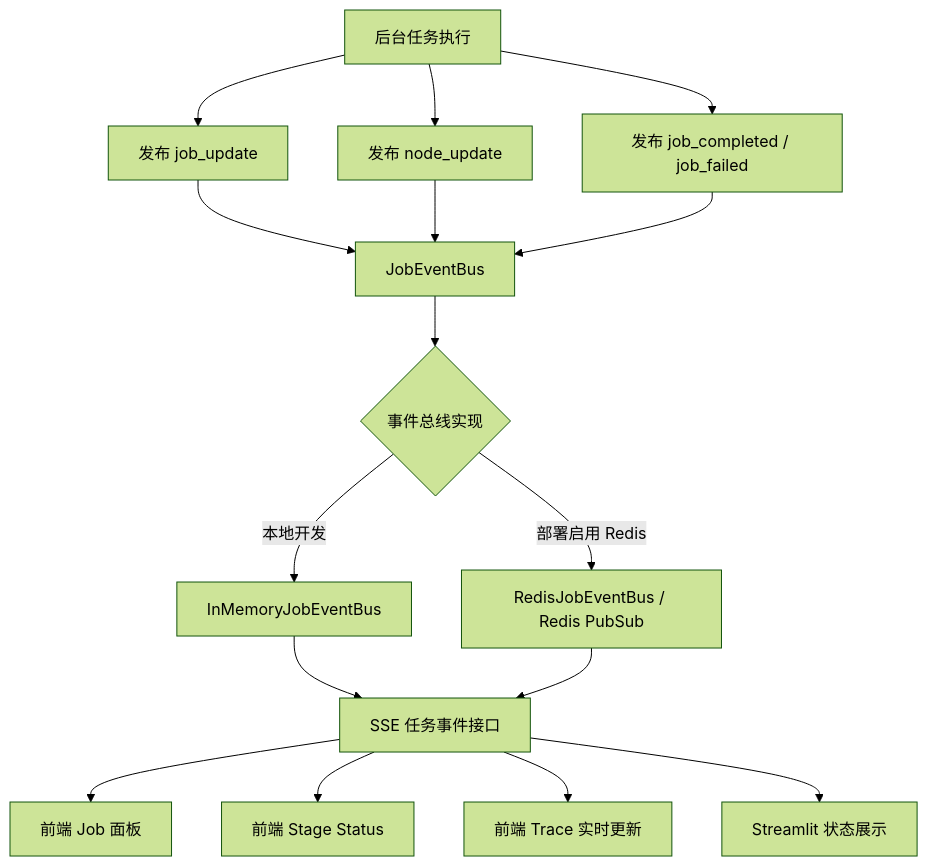
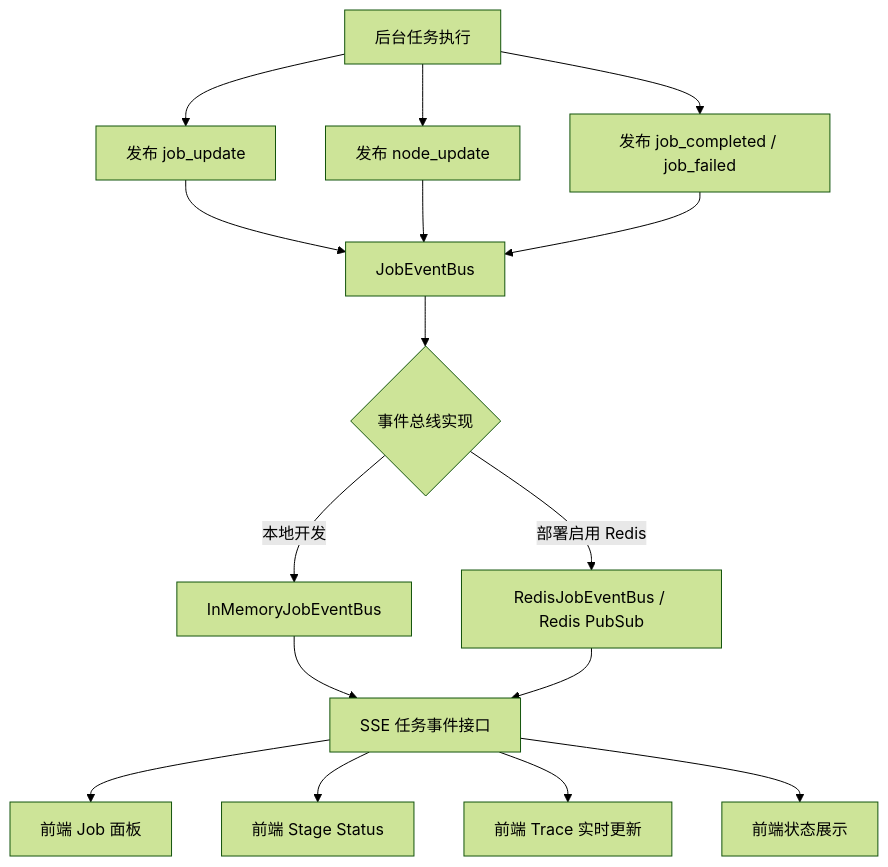
Before and after one commit to jiliguluhua/liver_rag: the seventh of 8 diagrams in docs/backend_architecture.md, drawn with Mermaid (forest theme). The commit also changed other lines of this file, not shown here.

````diff
--- a/docs/backend_architecture.md
+++ b/docs/backend_architecture.md
@@ -189,23 +207,22 @@
 ```mermaid
 flowchart TD
     A[后台任务执行] --> B[发布 job_update]
     A --> C[发布 node_update]
     A --> D[发布 job_completed / job_failed]
 
     B --> E[JobEventBus]
     C --> E
     D --> E
 
     E --> F{事件总线实现}
     F -->|本地开发| G[InMemoryJobEventBus]
     F -->|部署启用 Redis| H[RedisJobEventBus / Redis PubSub]
 
     G --> I[SSE 任务事件接口]
     H --> I
 
     I --> J[前端 Job 面板]
     I --> K[前端 Stage Status]
     I --> L[前端 Trace 实时更新]
-    I --> M[Streamlit 状态展示]
-
+    I --> M[前端状态展示]
 ```
````
